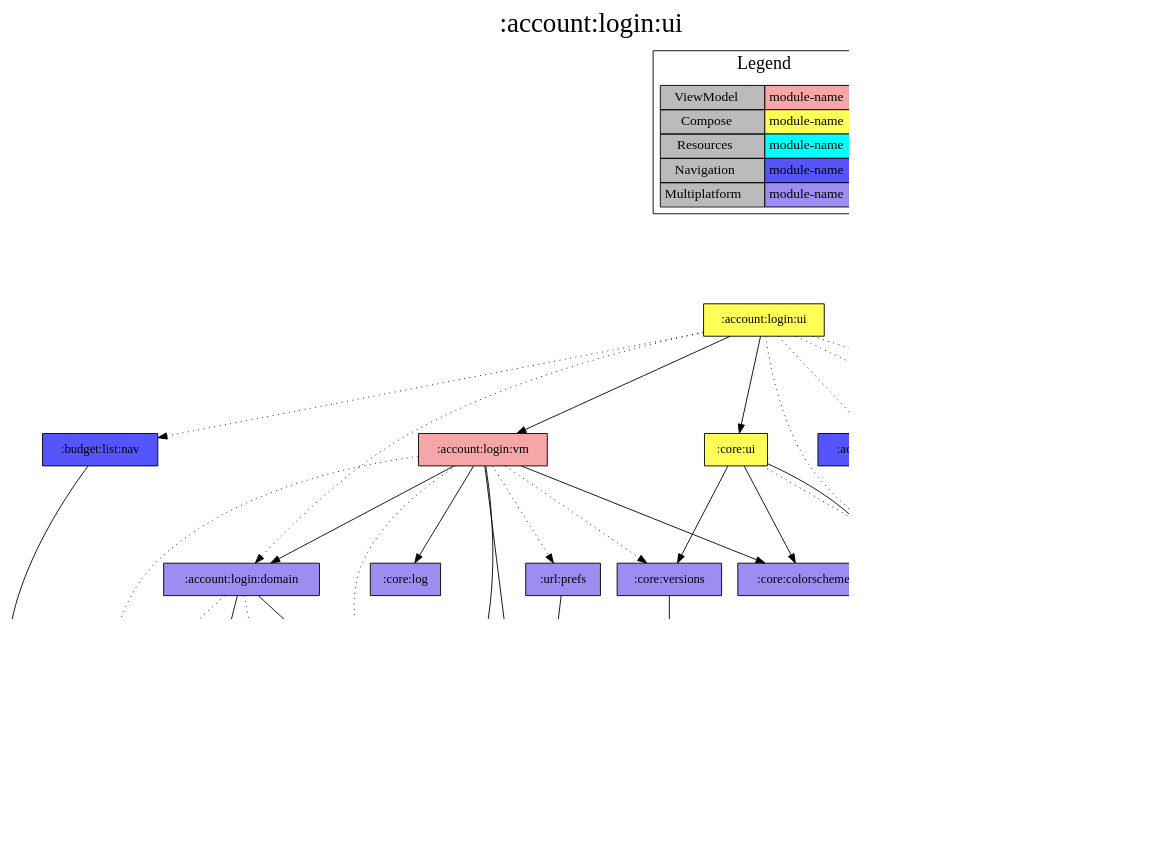
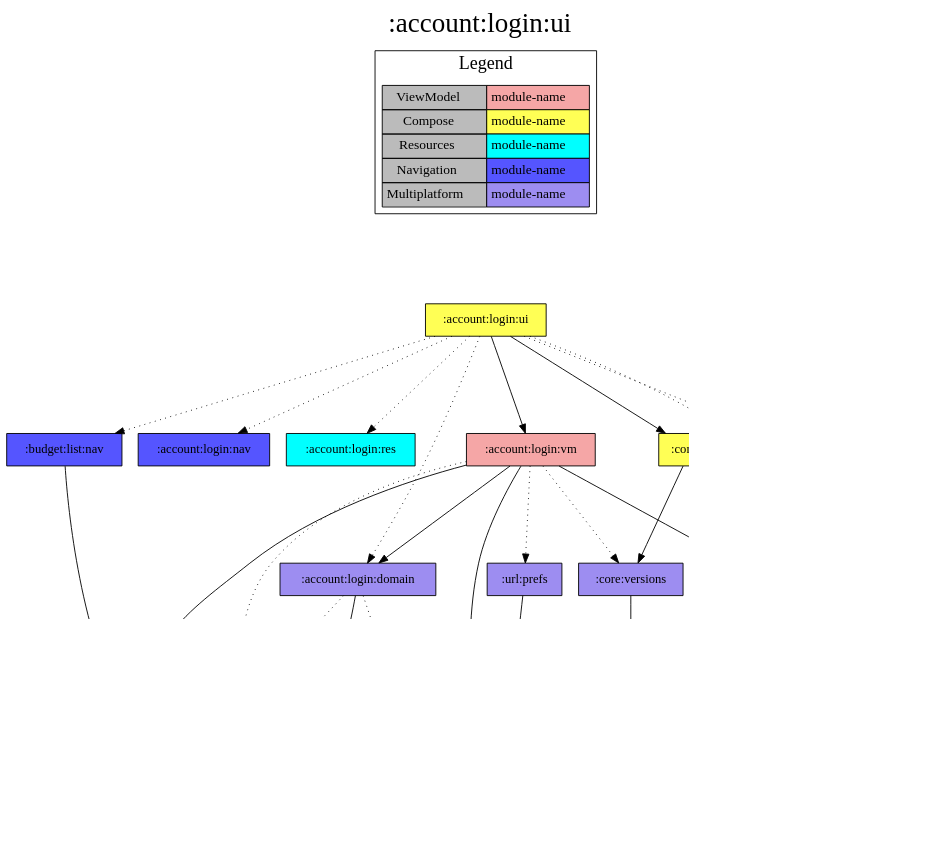
The diagram in modules/account/login/ui/project-dependency-graph.dot (jonapoul/aktual), drawn with Graphviz before and after one commit. The commit also changed 91 other files, not shown here.

```diff
--- a/modules/account/login/ui/project-dependency-graph.dot
+++ b/modules/account/login/ui/project-dependency-graph.dot
@@ -1,72 +1,67 @@
 digraph {
 edge ["dir"="forward"]
 graph ["dpi"="100","label"=":account:login:ui","labelloc"="t","fontsize"="30","ranksep"="1.5","rankdir"="TB"]
 node ["style"="filled"]
 ":account:login:domain" ["fillcolor"="#9D8DF1","shape"="box"]
 ":account:login:nav" ["fillcolor"="#5555FF","shape"="box"]
 ":account:login:prefs" ["fillcolor"="#9D8DF1","shape"="box"]
 ":account:login:res" ["fillcolor"="#00FFFF","shape"="box"]
 ":account:login:ui" ["fillcolor"="#FFFF55","shape"="box"]
 ":account:login:vm" ["fillcolor"="#F5A6A6","shape"="box"]
 ":account:model" ["fillcolor"="#9D8DF1","shape"="box"]
 ":api:actual" ["fillcolor"="#9D8DF1","shape"="box"]
 ":budget:list:nav" ["fillcolor"="#5555FF","shape"="box"]
 ":core:buildconfig" ["fillcolor"="#9D8DF1","shape"="box"]
 ":core:colorscheme" ["fillcolor"="#9D8DF1","shape"="box"]
-":core:coroutines" ["fillcolor"="#9D8DF1","shape"="box"]
-":core:log" ["fillcolor"="#9D8DF1","shape"="box"]
 ":core:res" ["fillcolor"="#00FFFF","shape"="box"]
 ":core:ui" ["fillcolor"="#FFFF55","shape"="box"]
 ":core:versions" ["fillcolor"="#9D8DF1","shape"="box"]
 ":url:model" ["fillcolor"="#9D8DF1","shape"="box"]
 ":url:nav" ["fillcolor"="#5555FF","shape"="box"]
 ":url:prefs" ["fillcolor"="#9D8DF1","shape"="box"]
 {
 edge ["dir"="none"]
 graph ["rank"="same"]
 }
 ":account:login:domain" -> ":account:login:prefs" ["style"="dotted"]
 ":account:login:domain" -> ":account:model"
 ":account:login:domain" -> ":api:actual" ["style"="dotted"]
-":account:login:domain" -> ":core:coroutines"
 ":account:login:prefs" -> ":account:model"
 ":account:login:ui" -> ":account:login:domain" ["style"="dotted"]
 ":account:login:ui" -> ":account:login:nav" ["style"="dotted"]
 ":account:login:ui" -> ":account:login:res" ["style"="dotted"]
 ":account:login:ui" -> ":account:login:vm"
 ":account:login:ui" -> ":budget:list:nav" ["style"="dotted"]
 ":account:login:ui" -> ":core:res" ["style"="dotted"]
 ":account:login:ui" -> ":core:ui"
 ":account:login:ui" -> ":url:nav" ["style"="dotted"]
 ":account:login:vm" -> ":account:login:domain"
 ":account:login:vm" -> ":account:login:prefs" ["style"="dotted"]
 ":account:login:vm" -> ":account:model"
 ":account:login:vm" -> ":core:colorscheme"
-":account:login:vm" -> ":core:coroutines" ["style"="dotted"]
-":account:login:vm" -> ":core:log"
 ":account:login:vm" -> ":core:versions" ["style"="dotted"]
 ":account:login:vm" -> ":url:model"
 ":account:login:vm" -> ":url:prefs" ["style"="dotted"]
 ":api:actual" -> ":account:model"
 ":api:actual" -> ":url:model"
 ":budget:list:nav" -> ":account:model"
 ":core:ui" -> ":core:colorscheme"
 ":core:ui" -> ":core:res" ["style"="dotted"]
 ":core:ui" -> ":core:versions"
 ":core:ui" -> ":url:model"
 ":core:versions" -> ":core:buildconfig"
 ":url:prefs" -> ":url:model"
 subgraph "cluster_legend" {
 edge ["dir"="none"]
 graph ["label"="Legend","fontsize"="20"]
 "Legend" ["style"="filled","fillcolor"="#bbbbbb","shape"="none","margin"="0","fontsize"="15","label"=<
 <TABLE BORDER="0" CELLBORDER="1" CELLSPACING="0" CELLPADDING="4">
 <TR><TD>ViewModel</TD><TD BGCOLOR="#F5A6A6">module-name</TD></TR>
 <TR><TD>Compose</TD><TD BGCOLOR="#FFFF55">module-name</TD></TR>
 <TR><TD>Resources</TD><TD BGCOLOR="#00FFFF">module-name</TD></TR>
 <TR><TD>Navigation</TD><TD BGCOLOR="#5555FF">module-name</TD></TR>
 <TR><TD>Multiplatform</TD><TD BGCOLOR="#9D8DF1">module-name</TD></TR>
 </TABLE>
 >]
 } -> ":account:login:ui" ["style"="invis"]
 }
```
